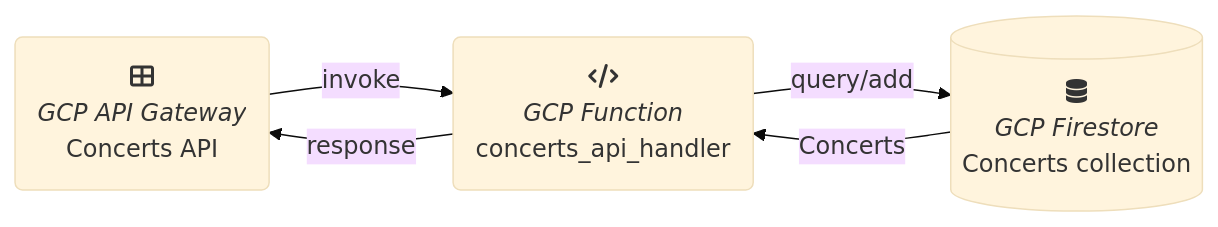
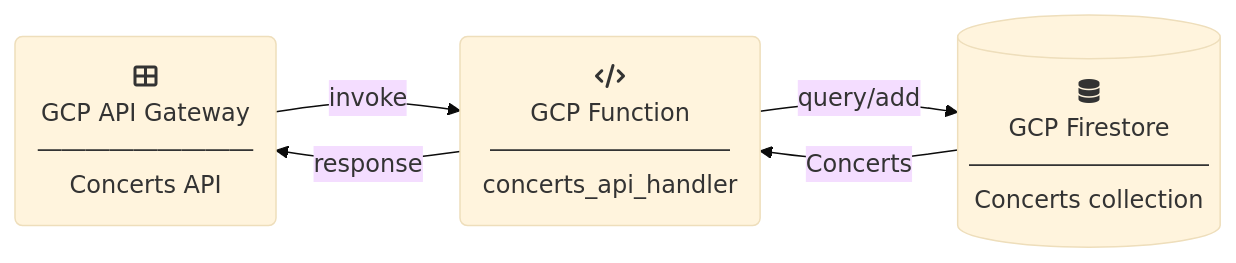
One commit to moonline/Lab.GCP.API-Gateway changed the first of 4 diagrams in README.md. Above: the diagram before and after it, drawn with Mermaid (base theme). The commit also changed other lines of this file, not shown here.

Commit message:
Feature/basic api (#2)

````diff
--- a/README.md
+++ b/README.md
@@ -24,22 +24,25 @@
 ```mermaid
 flowchart LR
 
 API("`
     fa:fa-th-large
-    _GCP API Gateway_
+    GCP API Gateway
+    ―――――――――
     Concerts API
 `") -->|invoke| Handler
 
 Handler("`
     fa:fa-code
-    _GCP Function_
+    GCP Function
+    ――――――――――
     concerts_api_handler
 `") -->|query/add| Database
 Handler -->|response| API
 
 Database[("`
     fa:fa-database
-    _GCP Firestore_
+    GCP Firestore
+    ――――――――――
     Concerts collection
 `")] -->|Concerts| Handler
 ```
````
